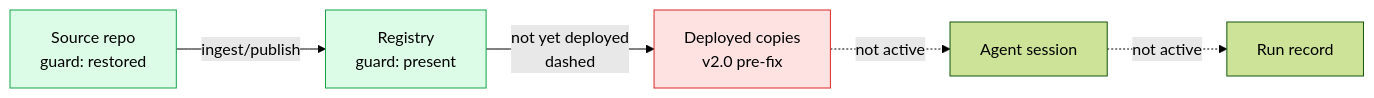
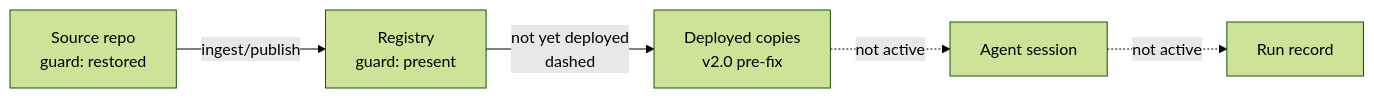
One commit to miethe/signal_to_system changed the first of 3 diagrams in docs/design/imagery/essay-storyboards-v1/the-registry-wave-agentic-artifact-supply-chain.md. Above: the diagram before and after it, drawn with Mermaid (forest theme). The commit also changed other lines of this file and 10 other files, not shown here.

````diff
--- a/docs/design/imagery/essay-storyboards-v1/the-registry-wave-agentic-artifact-supply-chain.md
+++ b/docs/design/imagery/essay-storyboards-v1/the-registry-wave-agentic-artifact-supply-chain.md
@@ -150,10 +139,7 @@
 ```mermaid
 flowchart LR
   S[Source repo\nguard: restored] -->|ingest/publish| R[Registry\nguard: present]
   R -->|not yet deployed\ndashed| D[Deployed copies\nv2.0 pre-fix]
   D -.->|not active| A[Agent session]
   A -.->|not active| O[Run record]
-  style D fill:#fee2e2,stroke:#dc2626
-  style S fill:#dcfce7,stroke:#16a34a
-  style R fill:#dcfce7,stroke:#16a34a
 ```
````
